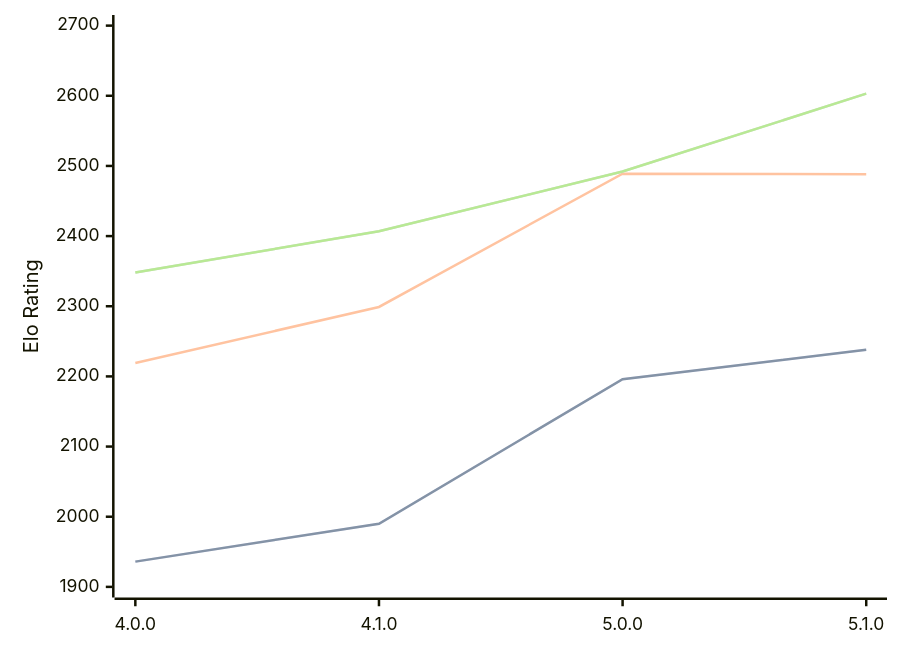
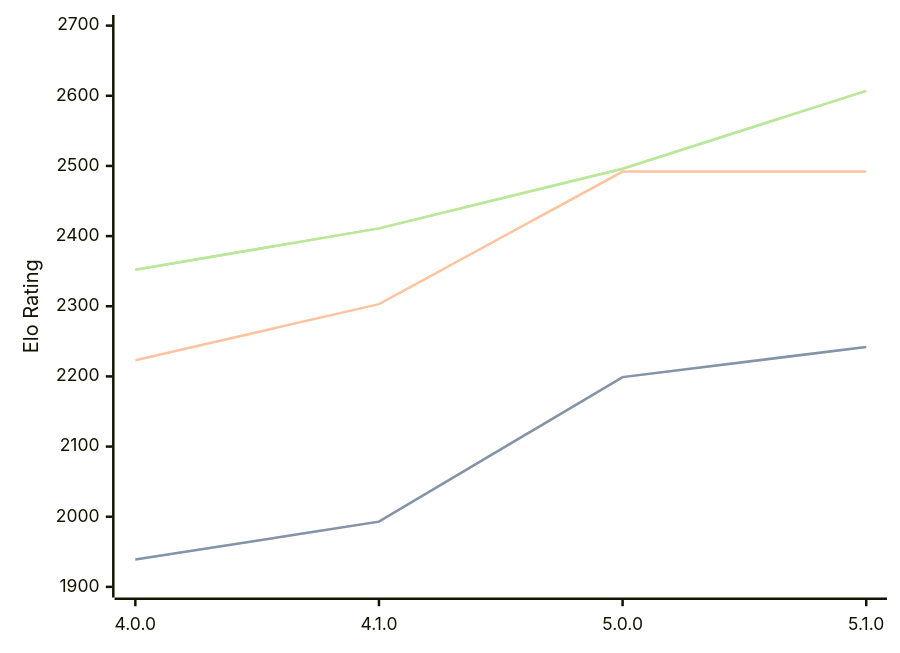
Before and after one commit to computer-chess-index/cci: the diagram in engines/Aconcagua.md, drawn with Mermaid. The commit also changed other lines of this file, not shown here.

Commit message:
Update CCI Ratings (ELO VLTC) - 2026-04-30

````diff
--- a/engines/Aconcagua.md
+++ b/engines/Aconcagua.md
@@ -43,11 +43,11 @@
 ```mermaid
 %%{init: {"theme":"base","themeVariables":{"seriesColors:['#a3a3a3','#222221','#faa371']}}}%%
 xychart-beta
   x-axis ["4.0.0", "4.1.0", "5.0.0", "5.1.0"]
   y-axis "Elo Rating" 1900 --> 2700
-  line "STC (8.0+0.08s)" [1936, 1990, 2196, 2238]
-  line "STC (8.0+0.08s)" [1936, 1990, 2196, 2238]
-  line "LTC (60.0+0.60s)" [2219, 2299, 2489, 2488]
-  line "VLTC (2m24s+1.12s)" [2348, 2407, 2492, 2603]
-  line "VLTC (2m24s+1.12s)" [2348, 2407, 2492, 2603]
+  line "STC (8.0+0.08s)" [1939, 1993, 2199, 2242]
+  line "STC (8.0+0.08s)" [1939, 1993, 2199, 2242]
+  line "LTC (60.0+0.60s)" [2223, 2303, 2492, 2492]
+  line "VLTC (2m24s+1.12s)" [2352, 2411, 2496, 2607]
+  line "VLTC (2m24s+1.12s)" [2352, 2411, 2496, 2607]
 ```
````
